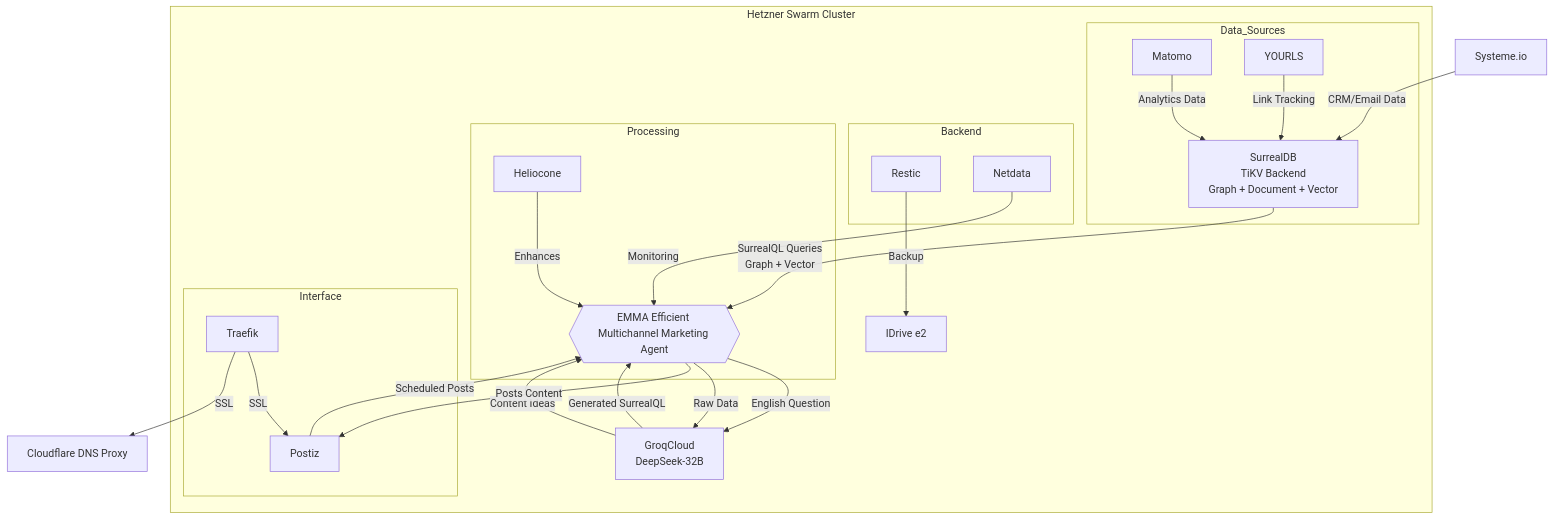
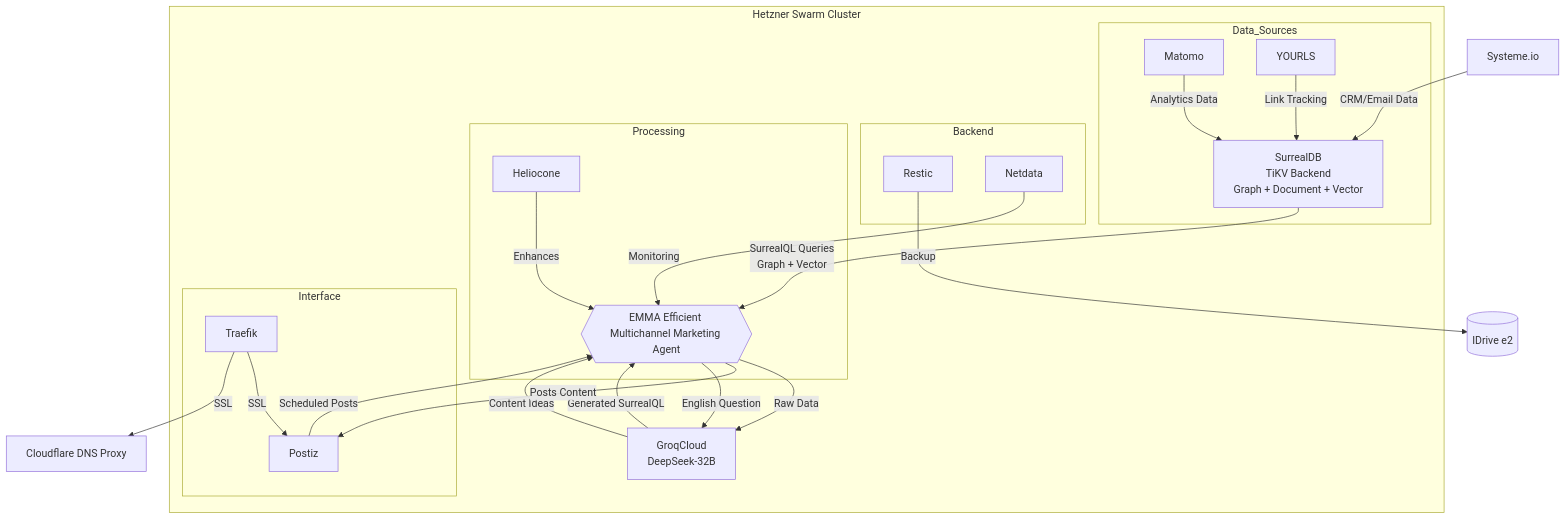
One commit to deepbrainspace/deepbrain-stack changed the third of 4 diagrams in projects/bnb/v6-b.md. Above: the diagram before and after it, drawn with Mermaid. The commit also changed other lines of this file, not shown here.

````diff
--- a/projects/bnb/v6-b.md
+++ b/projects/bnb/v6-b.md
@@ -96,37 +96,39 @@
 ```mermaid
 graph TD
     G[Systeme.io] -->|CRM/Email Data| B[SurrealDB<br>TiKV Backend<br>Graph + Document + Vector]
     subgraph Hetzner_CCX23_Cluster_Docker_Swarm[Hetzner Swarm Cluster]
         A[Matomo] -->|Analytics Data| B
         C[YOURLS] -->|Link Tracking| B
         J[Traefik] -->|SSL| D[Postiz]
         D -->|Scheduled Posts| E{{EMMA Efficient Multichannel Marketing Agent}}
         B -->|SurrealQL Queries<br>Graph + Vector| E
-        E -->|English Question| F[GroqCloud<br>DeepSeek-32B]
         F -->|Generated SurrealQL| E
         E -->|Raw Data| F
+        H[Restic]
         F -->|Content Ideas| E
         E -->|Posts Content| D
-        H[Restic] -->|Backup| I[IDrive e2]
         K[Netdata] -->|Monitoring| E
         L[Heliocone] -->|Enhances| E
         subgraph Data_Sources
             A
             B
             C
         end
         subgraph Backend
             H
             K
         end
         subgraph Processing
             E
             L
         end
         subgraph Interface
             D
             J
         end
     end
+    E -->|English Question| F[GroqCloud<br>DeepSeek-32B]
+    H -->|Backup| I[(IDrive e2)]
+           
     J -->|SSL| M[Cloudflare DNS Proxy]
 ```
````
